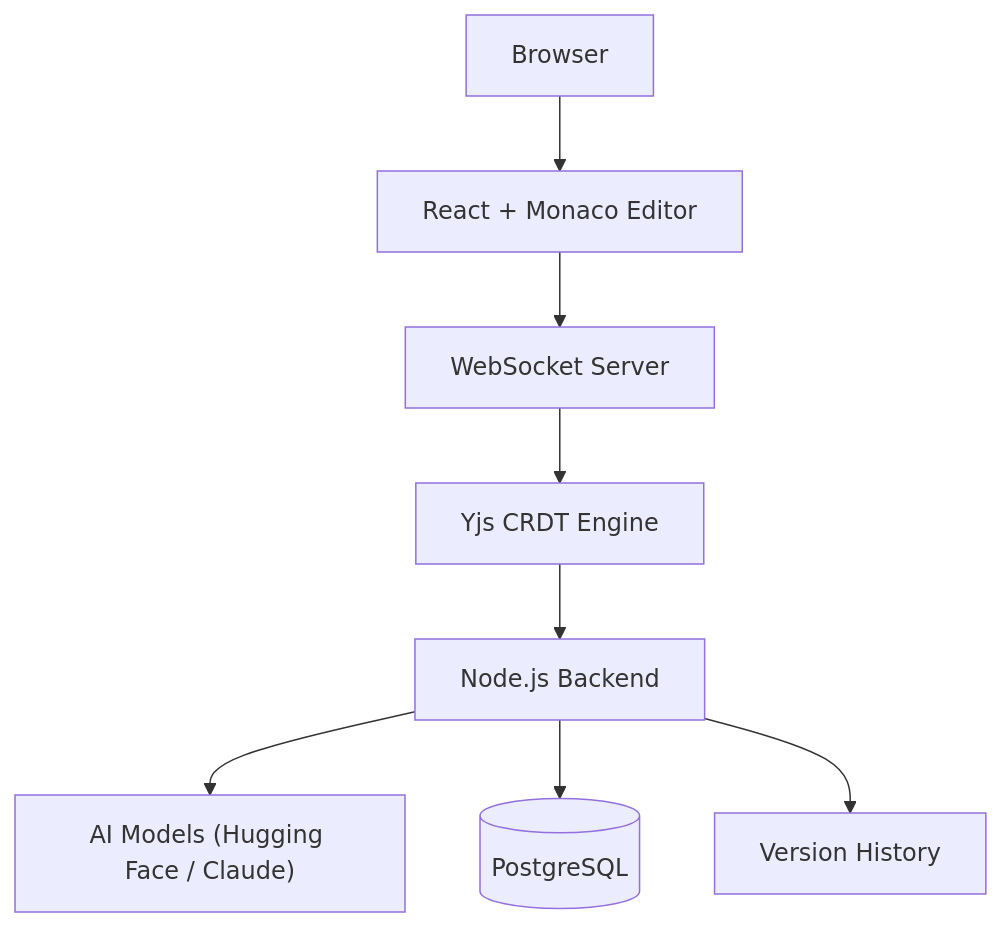
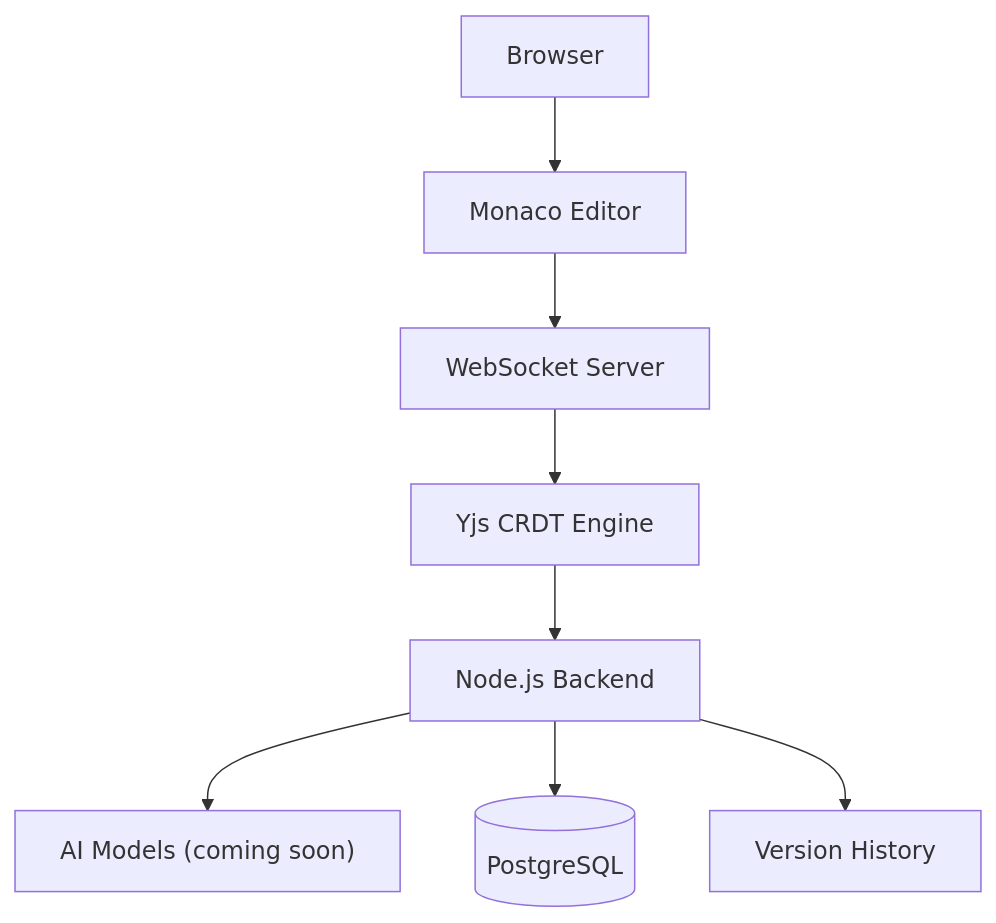
Before and after one commit to ashilohfaith-debug/Ochre: the diagram in README.md, drawn with Mermaid.

````diff
--- a/README.md
+++ b/README.md
@@ -60,10 +60,10 @@
 ```mermaid
 flowchart TD
-    A[Browser] --> B["React + Monaco Editor"]
+    A[Browser] --> B["Monaco Editor"]
     B --> C[WebSocket Server]
     C --> D[Yjs CRDT Engine]
     D --> E[Node.js Backend]
-    E --> F["AI Models (Hugging Face / Claude)"]
+    E --> F["AI Models (coming soon)"]
     E --> G[(PostgreSQL)]
     E --> H[Version History]
 ```
````
